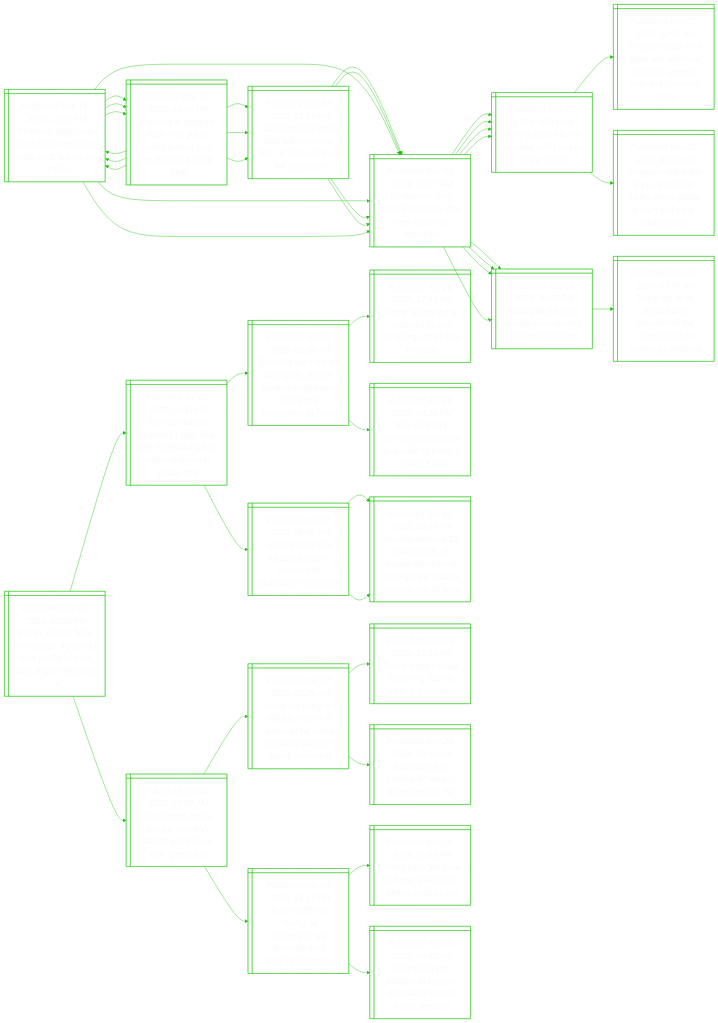
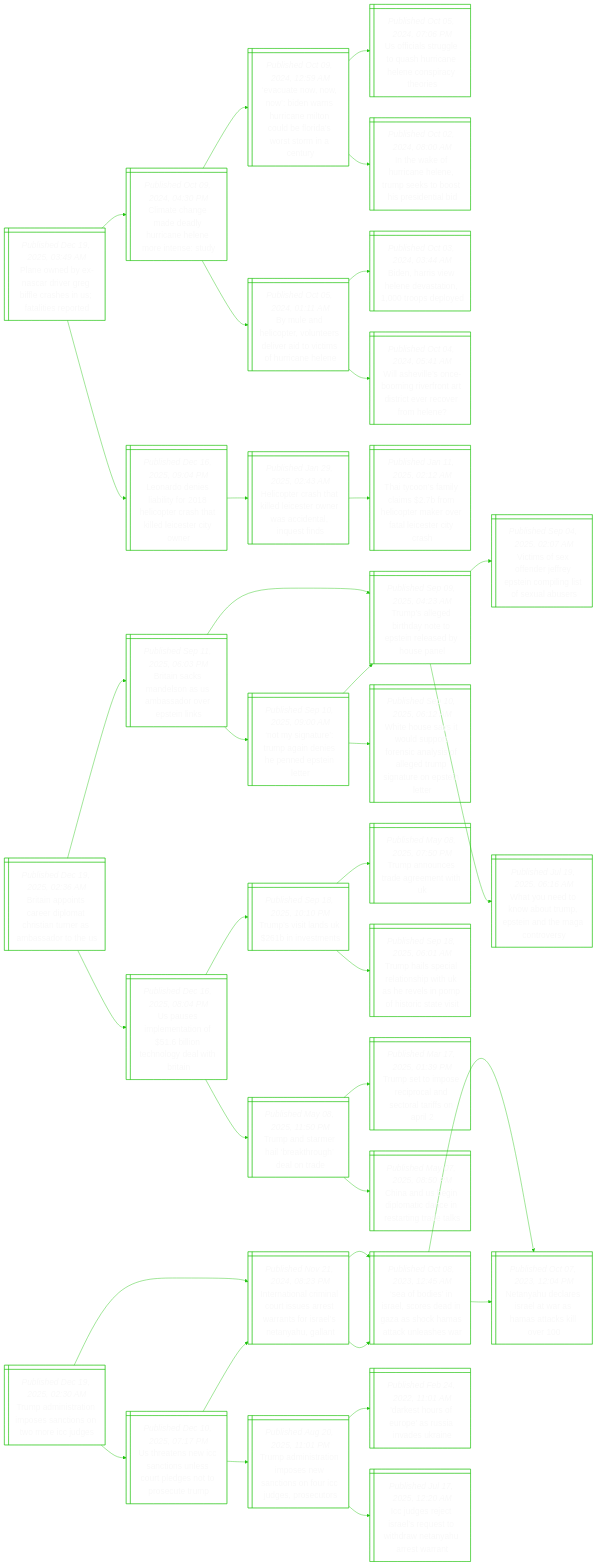
The diagram in README.md (notJmes/notJmes), drawn with Mermaid before and after one commit. The commit also changed other lines of this file, not shown here.

````diff
--- a/README.md
+++ b/README.md
@@ -16,139 +16,118 @@
 flowchart LR
 classDef txtsize font-size:20px;
 
-Gniebeudtrrt@{ shape: win-pane, label: "_Published Dec 18, 2025, 11:20 PM_
-Germany, spain urge eu to back mercosur trade pact, but france resists" }
-FremhpentvMsaa@{ shape: win-pane, label: "_Published Dec 18, 2025, 10:56 PM_
-Farmers in belgium clash with police during protest over eu-mercosur trade deal" }
-Ereeweuccrlpi@{ shape: win-pane, label: "_Published Sep 03, 2025, 12:19 PM_
-Eu to propose trade deal with mercosur bloc, in face of france-led opposition" }
-EcoueulMnen@{ shape: win-pane, label: "_Published Dec 06, 2024, 10:07 PM_
-Eu reaches long-sought mercosur deal over macron’s objections" }
-EcoueulMnen@{ shape: win-pane, label: "_Published Dec 06, 2024, 10:07 PM_
-Eu reaches long-sought mercosur deal over macron’s objections" }
-Gniebeudtrrt@{ shape: win-pane, label: "_Published Dec 18, 2025, 11:20 PM_
-Germany, spain urge eu to back mercosur trade pact, but france resists" }
-FremhpentvMsaa@{ shape: win-pane, label: "_Published Dec 18, 2025, 10:56 PM_
-Farmers in belgium clash with police during protest over eu-mercosur trade deal" }
-EcoueulMnen@{ shape: win-pane, label: "_Published Dec 06, 2024, 10:07 PM_
-Eu reaches long-sought mercosur deal over macron’s objections" }
-EcoueulMnen@{ shape: win-pane, label: "_Published Dec 06, 2024, 10:07 PM_
-Eu reaches long-sought mercosur deal over macron’s objections" }
-Wulearhma@{ shape: win-pane, label: "_Published Nov 07, 2024, 08:34 AM_
-Why trump’s plan to escalate tariffs has so many haters" }
-TocalEoaipvngs@{ shape: win-pane, label: "_Published Nov 07, 2024, 12:05 AM_
-Trump on track for a triple win: electoral landslide, popular vote and congress sweep" }
-Spiffphrskawdeya@{ shape: win-pane, label: "_Published Nov 02, 2024, 05:00 AM_
-Singapore will suffer if trump’s higher tariffs shrink global growth and trade, analysts say" }
-Fgferytter@{ shape: win-pane, label: "_Published Nov 06, 2024, 10:27 PM_
-Facing tariff threat, europe eyes options to appease trump" }
-TsbchioUdetne@{ shape: win-pane, label: "_Published Nov 06, 2024, 07:37 AM_
-Trump set to be elected 47th president of the united states in stunning comeback" }
+PobAdrBehUaeo@{ shape: win-pane, label: "_Published Dec 19, 2025, 03:49 AM_
+Plane owned by ex-nascar driver greg biffle crashes in us; fatalities reported" }
+Ctnddrneret@{ shape: win-pane, label: "_Published Oct 09, 2024, 04:30 PM_
+Climate change made deadly hurricane helene more intense: study" }
+Eawoenreollasrcr@{ shape: win-pane, label: "_Published Oct 09, 2024, 12:59 AM_
+‘evacuate now, now, now’: biden warns hurricane milton could be florida’s worst storm in a century" }
+UisgohiHepyr@{ shape: win-pane, label: "_Published Oct 05, 2024, 07:06 PM_
+Us officials struggle to quash hurricane helene conspiracy theories" }
+IwfiHepsosiid@{ shape: win-pane, label: "_Published Oct 02, 2024, 08:00 AM_
+In the wake of hurricane helene, trump seeks to boost his presidential bid" }
+BeepoeeroiHce@{ shape: win-pane, label: "_Published Oct 05, 2024, 01:11 AM_
+By mule and helicopter, volunteers deliver aid to victims of hurricane helene" }
+BHsHesoopd@{ shape: win-pane, label: "_Published Oct 03, 2024, 03:44 AM_
+Biden, harris view helene devastation, 1,000 troops deployed" }
+Wslnorfastremn@{ shape: win-pane, label: "_Published Oct 04, 2024, 05:41 AM_
+Will asheville’s once-booming riverfront art district ever recover from helene?" }
+LrniircrhkdeCw@{ shape: win-pane, label: "_Published Dec 16, 2025, 09:04 PM_
+Leonardo denies liability for 2018 helicopter crash that killed leicester city owner" }
+HoctiLswaiaui@{ shape: win-pane, label: "_Published Jan 29, 2025, 02:43 AM_
+Helicopter crash that killed leicester owner was accidental, inquest finds" }
+Tyslirltkeacrc@{ shape: win-pane, label: "_Published Jan 11, 2025, 02:12 AM_
+Thai tycoon’s family claims $2.7b from helicopter maker over fatal leicester city crash" }
 
-Gniebeudtrrt:::txtsize --> FremhpentvMsaa:::txtsize
-FremhpentvMsaa:::txtsize --> Ereeweuccrlpi:::txtsize
-Ereeweuccrlpi:::txtsize --> EcoueulMnen:::txtsize
-Ereeweuccrlpi:::txtsize --> EcoueulMnen:::txtsize
-FremhpentvMsaa:::txtsize --> Gniebeudtrrt:::txtsize
-Gniebeudtrrt:::txtsize --> FremhpentvMsaa:::txtsize
-Gniebeudtrrt:::txtsize --> EcoueulMnen:::txtsize
-Gniebeudtrrt:::txtsize --> EcoueulMnen:::txtsize
-EcoueulMnen:::txtsize --> Wulearhma:::txtsize
-Wulearhma:::txtsize --> TocalEoaipvngs:::txtsize
-Wulearhma:::txtsize --> Spiffphrskawdeya:::txtsize
-EcoueulMnen:::txtsize --> Fgferytter:::txtsize
-Fgferytter:::txtsize --> TsbchioUdetne:::txtsize
+PobAdrBehUaeo:::txtsize --> Ctnddrneret:::txtsize
+Ctnddrneret:::txtsize --> Eawoenreollasrcr:::txtsize
+Eawoenreollasrcr:::txtsize --> UisgohiHepyr:::txtsize
+Eawoenreollasrcr:::txtsize --> IwfiHepsosiid:::txtsize
+Ctnddrneret:::txtsize --> BeepoeeroiHce:::txtsize
+BeepoeeroiHce:::txtsize --> BHsHesoopd:::txtsize
+BeepoeeroiHce:::txtsize --> Wslnorfastremn:::txtsize
+PobAdrBehUaeo:::txtsize --> LrniircrhkdeCw:::txtsize
+LrniircrhkdeCw:::txtsize --> HoctiLswaiaui:::txtsize
+HoctiLswaiaui:::txtsize --> Tyslirltkeacrc:::txtsize
 
-FeesoipteflaLrt@{ shape: win-pane, label: "_Published Dec 18, 2025, 10:58 PM_
-France denies ‘false information’ it plans to cede pacific islands, after le pen repost on x" }
-Caaabtthaleoiee@{ shape: win-pane, label: "_Published Jul 03, 2025, 09:11 PM_
-Crimea’s tatars, scarred by past, fear their homeland will be ceded to russia in peace deal" }
-Zsymltaoohdrptdu@{ shape: win-pane, label: "_Published Apr 26, 2025, 01:34 AM_
-Zelensky says crimea belongs to ukraine, ‘position unchanged’ after trump questioned its future" }
-Tlstnoatrloi@{ shape: win-pane, label: "_Published Apr 24, 2025, 12:45 AM_
-Trump lashes out at zelensky for not accepting crimea loss to russia" }
-Wrsnauodrcfe@{ shape: win-pane, label: "_Published Apr 24, 2025, 04:30 PM_
-Why ukraine’s zelensky has refused to accede to trump’s ceasefire deal" }
-Unstiioehrros@{ shape: win-pane, label: "_Published Jun 03, 2025, 08:40 PM_
-Ukraine says it hit russia’s bridge to crimea with underwater explosives" }
-Untbotunemgducyca@{ shape: win-pane, label: "_Published Jun 02, 2025, 03:13 AM_
-Ukraine destroys $9 billion worth of russian bombers in major ground assault, security official says" }
-Untbotunemgducyca@{ shape: win-pane, label: "_Published Jun 02, 2025, 03:13 AM_
-Ukraine destroys $9 billion worth of russian bombers in major ground assault, security official says" }
-YnnnrtnMseed@{ shape: win-pane, label: "_Published Apr 04, 2025, 03:58 AM_
-‘you cannot annex another country’, danish pm tells us over greenland" }
-Tnluiemtsenoanen@{ shape: win-pane, label: "_Published Jan 08, 2025, 01:26 AM_
-Trump not ruling out military, economic action as he seeks control of panama canal, greenland" }
-TjCamtard@{ shape: win-pane, label: "_Published Dec 19, 2024, 12:55 AM_
-Trump jokes canada becoming 51st us state ‘a great idea’" }
-CuynWobe@{ shape: win-pane, label: "_Published Dec 24, 2024, 09:15 AM_
-Can trump buy greenland? what to know besides ‘no’" }
-RritUasinarans@{ shape: win-pane, label: "_Published Apr 03, 2025, 11:17 PM_
-Rubio reaffirms ‘strong’ us relationship with denmark amid greenland tensions" }
-Tsetenaocp@{ shape: win-pane, label: "_Published Mar 26, 2025, 11:52 PM_
-Trump says ‘we have to have’ greenland, ahead of vance trip" }
-Drpeutnasms@{ shape: win-pane, label: "_Published Apr 03, 2025, 04:42 AM_
-Denmark’s pm pledges to support greenland against trump pressure" }
+Biocrohirssre@{ shape: win-pane, label: "_Published Dec 19, 2025, 02:36 AM_
+Britain appoints career diplomat christian turner as ambassador to the us" }
+Bikdnasopns@{ shape: win-pane, label: "_Published Sep 11, 2025, 06:03 PM_
+Britain sacks mandelson as us ambassador over epstein links" }
+Tsgrytteeoa@{ shape: win-pane, label: "_Published Sep 09, 2025, 04:23 AM_
+Trump’s alleged birthday note to epstein released by house panel" }
+VmeeJetoisear@{ shape: win-pane, label: "_Published Sep 04, 2025, 02:07 AM_
+Victims of sex offender jeffrey epstein compiling list of sexual abusers" }
+WodoumtnMov@{ shape: win-pane, label: "_Published Jul 19, 2025, 06:16 AM_
+What you need to know about trump, epstein and the maga controversy" }
+Nstrgehnslr@{ shape: win-pane, label: "_Published Sep 10, 2025, 09:00 AM_
+‘not my signature’: trump again denies he penned epstein letter" }
+Tsgrytteeoa@{ shape: win-pane, label: "_Published Sep 09, 2025, 04:23 AM_
+Trump’s alleged birthday note to epstein released by house panel" }
+WHstdorcyfgugrpne@{ shape: win-pane, label: "_Published Sep 10, 2025, 06:12 AM_
+White house says it would support forensic analysis of alleged trump signature on epstein letter" }
+Uspnoinnywrn@{ shape: win-pane, label: "_Published Dec 16, 2025, 08:04 PM_
+Us pauses implementation of $51.6 billion technology deal with britain" }
+Tstsnst@{ shape: win-pane, label: "_Published Sep 18, 2025, 10:10 PM_
+Trump’s visit lands uk $261b in investments" }
+Tanrget@{ shape: win-pane, label: "_Published May 08, 2025, 07:50 PM_
+Trump announces trade agreement with uk" }
+Thsaasiaeipscet@{ shape: win-pane, label: "_Published Sep 18, 2025, 06:01 AM_
+Trump hails special relationship with uk as he revels in pomp of historic state visit" }
+Taahrhhod@{ shape: win-pane, label: "_Published May 08, 2025, 11:50 PM_
+Trump and starmer hail ‘breakthrough’ deal on trade" }
+Tsiepleainl@{ shape: win-pane, label: "_Published Mar 17, 2025, 01:39 PM_
+Trump set to impose reciprocal and sectoral tariffs on april 2" }
+Cabdmditndk@{ shape: win-pane, label: "_Published May 07, 2025, 08:50 PM_
+China and us begin diplomatic dance in restarting trade talks" }
 
-FeesoipteflaLrt:::txtsize --> Caaabtthaleoiee:::txtsize
-Caaabtthaleoiee:::txtsize --> Zsymltaoohdrptdu:::txtsize
-Zsymltaoohdrptdu:::txtsize --> Tlstnoatrloi:::txtsize
-Zsymltaoohdrptdu:::txtsize --> Wrsnauodrcfe:::txtsize
-Caaabtthaleoiee:::txtsize --> Unstiioehrros:::txtsize
-Unstiioehrros:::txtsize --> Untbotunemgducyca:::txtsize
-Unstiioehrros:::txtsize --> Untbotunemgducyca:::txtsize
-FeesoipteflaLrt:::txtsize --> YnnnrtnMseed:::txtsize
-YnnnrtnMseed:::txtsize --> Tnluiemtsenoanen:::txtsize
-Tnluiemtsenoanen:::txtsize --> TjCamtard:::txtsize
-Tnluiemtsenoanen:::txtsize --> CuynWobe:::txtsize
-YnnnrtnMseed:::txtsize --> RritUasinarans:::txtsize
-RritUasinarans:::txtsize --> Tsetenaocp:::txtsize
-RritUasinarans:::txtsize --> Drpeutnasms:::txtsize
+Biocrohirssre:::txtsize --> Bikdnasopns:::txtsize
+Bikdnasopns:::txtsize --> Tsgrytteeoa:::txtsize
+Tsgrytteeoa:::txtsize --> VmeeJetoisear:::txtsize
+Tsgrytteeoa:::txtsize --> WodoumtnMov:::txtsize
+Bikdnasopns:::txtsize --> Nstrgehnslr:::txtsize
+Nstrgehnslr:::txtsize --> Tsgrytteeoa:::txtsize
+Nstrgehnslr:::txtsize --> WHstdorcyfgugrpne:::txtsize
+Biocrohirssre:::txtsize --> Uspnoinnywrn:::txtsize
+Uspnoinnywrn:::txtsize --> Tstsnst:::txtsize
+Tstsnst:::txtsize --> Tanrget:::txtsize
+Tstsnst:::txtsize --> Thsaasiaeipscet:::txtsize
+Uspnoinnywrn:::txtsize --> Taahrhhod:::txtsize
+Taahrhhod:::txtsize --> Tsiepleainl:::txtsize
+Taahrhhod:::txtsize --> Cabdmditndk:::txtsize
 
-FremhpentvMsaa@{ shape: win-pane, label: "_Published Dec 18, 2025, 10:56 PM_
-Farmers in belgium clash with police during protest over eu-mercosur trade deal" }
-Ereeweuccrlpi@{ shape: win-pane, label: "_Published Sep 03, 2025, 12:19 PM_
-Eu to propose trade deal with mercosur bloc, in face of france-led opposition" }
-EcoueulMnen@{ shape: win-pane, label: "_Published Dec 06, 2024, 10:07 PM_
-Eu reaches long-sought mercosur deal over macron’s objections" }
-Wulearhma@{ shape: win-pane, label: "_Published Nov 07, 2024, 08:34 AM_
-Why trump’s plan to escalate tariffs has so many haters" }
-Fgferytter@{ shape: win-pane, label: "_Published Nov 06, 2024, 10:27 PM_
-Facing tariff threat, europe eyes options to appease trump" }
-EcoueulMnen@{ shape: win-pane, label: "_Published Dec 06, 2024, 10:07 PM_
-Eu reaches long-sought mercosur deal over macron’s objections" }
-Wulearhma@{ shape: win-pane, label: "_Published Nov 07, 2024, 08:34 AM_
-Why trump’s plan to escalate tariffs has so many haters" }
-Fgferytter@{ shape: win-pane, label: "_Published Nov 06, 2024, 10:27 PM_
-Facing tariff threat, europe eyes options to appease trump" }
-Gniebeudtrrt@{ shape: win-pane, label: "_Published Dec 18, 2025, 11:20 PM_
-Germany, spain urge eu to back mercosur trade pact, but france resists" }
-FremhpentvMsaa@{ shape: win-pane, label: "_Published Dec 18, 2025, 10:56 PM_
-Farmers in belgium clash with police during protest over eu-mercosur trade deal" }
-Ereeweuccrlpi@{ shape: win-pane, label: "_Published Sep 03, 2025, 12:19 PM_
-Eu to propose trade deal with mercosur bloc, in face of france-led opposition" }
-Gniebeudtrrt@{ shape: win-pane, label: "_Published Dec 18, 2025, 11:20 PM_
-Germany, spain urge eu to back mercosur trade pact, but france resists" }
-EcoueulMnen@{ shape: win-pane, label: "_Published Dec 06, 2024, 10:07 PM_
-Eu reaches long-sought mercosur deal over macron’s objections" }
-Wulearhma@{ shape: win-pane, label: "_Published Nov 07, 2024, 08:34 AM_
-Why trump’s plan to escalate tariffs has so many haters" }
-Fgferytter@{ shape: win-pane, label: "_Published Nov 06, 2024, 10:27 PM_
-Facing tariff threat, europe eyes options to appease trump" }
+TaitmstomCg@{ shape: win-pane, label: "_Published Dec 19, 2025, 02:30 AM_
+Trump administration imposes sanctions on two more icc judges" }
+InnilteersssnGn@{ shape: win-pane, label: "_Published Nov 21, 2024, 08:23 PM_
+International criminal court issues arrest warrants for israel’s netanyahu, gallant" }
+Sbsrcdnacaale@{ shape: win-pane, label: "_Published Oct 08, 2023, 12:45 AM_
+‘sea of bodies’ in israel, scores dead in gaza as shock hamas attack unleashes war" }
+NyeeawHakl@{ shape: win-pane, label: "_Published Oct 07, 2023, 12:04 PM_
+Netanyahu declares israel at war as hamas attacks kill over 100" }
+NyeeawHakl@{ shape: win-pane, label: "_Published Oct 07, 2023, 12:04 PM_
+Netanyahu declares israel at war as hamas attacks kill over 100" }
+UesCcssrdoruu@{ shape: win-pane, label: "_Published Dec 10, 2025, 07:17 PM_
+Us threatens new icc sanctions unless court pledges not to prosecute trump" }
+InnilteersssnGn@{ shape: win-pane, label: "_Published Nov 21, 2024, 08:23 PM_
+International criminal court issues arrest warrants for israel’s netanyahu, gallant" }
+Sbsrcdnacaale@{ shape: win-pane, label: "_Published Oct 08, 2023, 12:45 AM_
+‘sea of bodies’ in israel, scores dead in gaza as shock hamas attack unleashes war" }
+TaitmsaofCgot@{ shape: win-pane, label: "_Published Aug 20, 2025, 11:01 PM_
+Trump administration imposes new sanctions on four icc judges, prosecutors" }
+DsruasvUn@{ shape: win-pane, label: "_Published Feb 24, 2022, 11:01 AM_
+'darkest hours of europe' as russia invades ukraine" }
+IdeIluodearat@{ shape: win-pane, label: "_Published Jul 17, 2025, 12:20 AM_
+Icc judges reject israel’s request to withdraw netanyahu arrest warrant" }
 
-FremhpentvMsaa:::txtsize --> Ereeweuccrlpi:::txtsize
-Ereeweuccrlpi:::txtsize --> EcoueulMnen:::txtsize
-EcoueulMnen:::txtsize --> Wulearhma:::txtsize
-EcoueulMnen:::txtsize --> Fgferytter:::txtsize
-Ereeweuccrlpi:::txtsize --> EcoueulMnen:::txtsize
-EcoueulMnen:::txtsize --> Wulearhma:::txtsize
-EcoueulMnen:::txtsize --> Fgferytter:::txtsize
-FremhpentvMsaa:::txtsize --> Gniebeudtrrt:::txtsize
-Gniebeudtrrt:::txtsize --> FremhpentvMsaa:::txtsize
-FremhpentvMsaa:::txtsize --> Ereeweuccrlpi:::txtsize
-FremhpentvMsaa:::txtsize --> Gniebeudtrrt:::txtsize
-Gniebeudtrrt:::txtsize --> EcoueulMnen:::txtsize
-EcoueulMnen:::txtsize --> Wulearhma:::txtsize
-EcoueulMnen:::txtsize --> Fgferytter:::txtsize
+TaitmstomCg:::txtsize --> InnilteersssnGn:::txtsize
+InnilteersssnGn:::txtsize --> Sbsrcdnacaale:::txtsize
+Sbsrcdnacaale:::txtsize --> NyeeawHakl:::txtsize
+Sbsrcdnacaale:::txtsize --> NyeeawHakl:::txtsize
+TaitmstomCg:::txtsize --> UesCcssrdoruu:::txtsize
+UesCcssrdoruu:::txtsize --> InnilteersssnGn:::txtsize
+InnilteersssnGn:::txtsize --> Sbsrcdnacaale:::txtsize
+UesCcssrdoruu:::txtsize --> TaitmsaofCgot:::txtsize
+TaitmsaofCgot:::txtsize --> DsruasvUn:::txtsize
+TaitmsaofCgot:::txtsize --> IdeIluodearat:::txtsize
 
 ```
````
